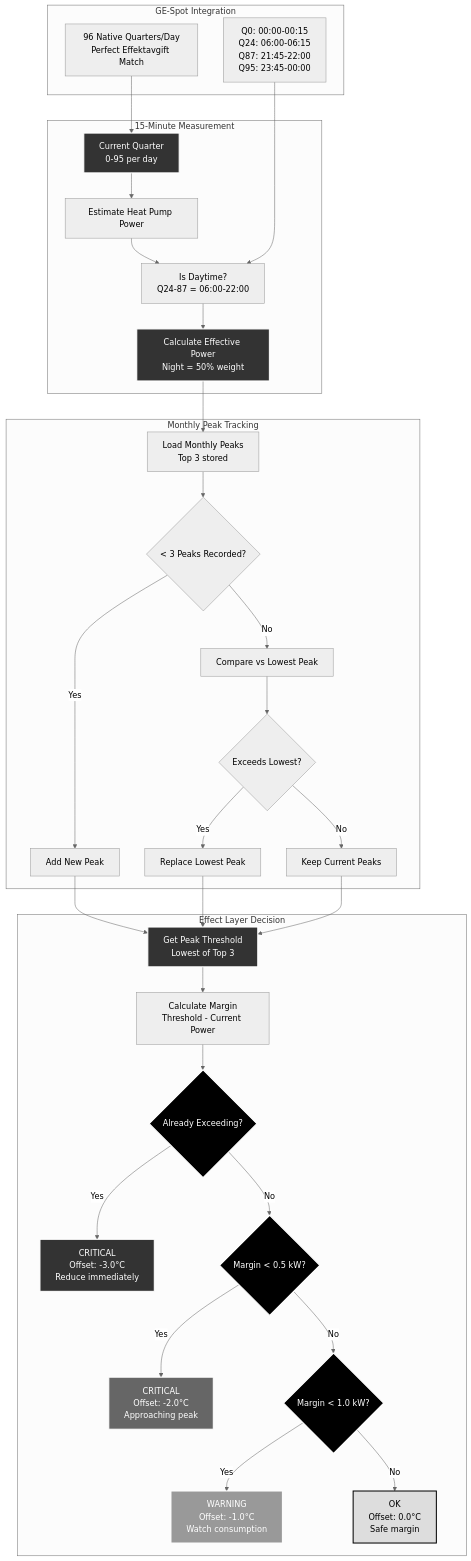
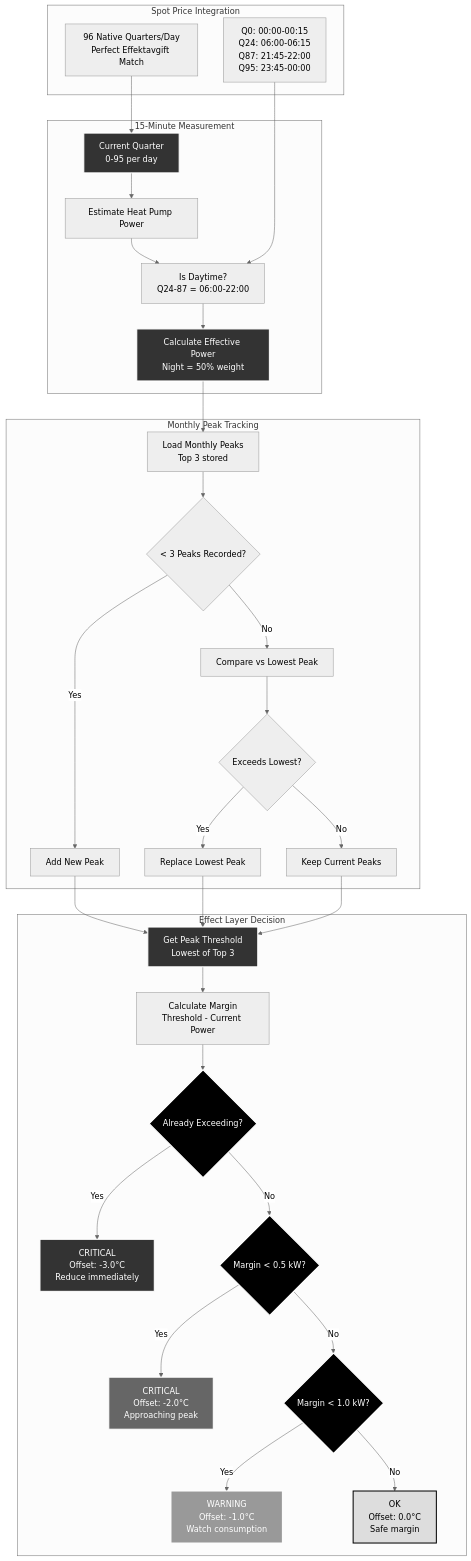
The diagram in docs/architecture/03_effect_tariff_protection.md (enoch85/EffektGuard), drawn with Mermaid (neutral theme) before and after one commit. The commit also changed other lines of this file and 30 other files, not shown here.

````diff
--- a/docs/architecture/03_effect_tariff_protection.md
+++ b/docs/architecture/03_effect_tariff_protection.md
@@ -5,82 +5,82 @@
 ```mermaid
 flowchart TD
     subgraph "15-Minute Measurement"
         A[Current Quarter<br/>0-95 per day]
         B[Estimate Heat Pump Power]
         C[Is Daytime?<br/>Q24-87 = 06:00-22:00]
         D[Calculate Effective Power<br/>Night = 50% weight]
     end
 
     subgraph "Monthly Peak Tracking"
         E[Load Monthly Peaks<br/>Top 3 stored]
         F{< 3 Peaks Recorded?}
         G[Add New Peak]
         H[Compare vs Lowest Peak]
         I{Exceeds Lowest?}
         J[Replace Lowest Peak]
         K[Keep Current Peaks]
     end
 
     subgraph "Effect Layer Decision"
         L[Get Peak Threshold<br/>Lowest of Top 3]
         M[Calculate Margin<br/>Threshold - Current Power]
         
         N{Already Exceeding?}
         O[CRITICAL<br/>Offset: -3.0°C<br/>Reduce immediately]
         
         P{Margin < 0.5 kW?}
         Q[CRITICAL<br/>Offset: -2.0°C<br/>Approaching peak]
         
         R{Margin < 1.0 kW?}
         S[WARNING<br/>Offset: -1.0°C<br/>Watch consumption]
         
         T[OK<br/>Offset: 0.0°C<br/>Safe margin]
     end
 
-    subgraph "GE-Spot Integration"
+    subgraph "Spot Price Integration"
         U[96 Native Quarters/Day<br/>Perfect Effektavgift Match]
         V[Q0: 00:00-00:15<br/>Q24: 06:00-06:15<br/>Q87: 21:45-22:00<br/>Q95: 23:45-00:00]
     end
 
     %% Flow
     A --> B
     B --> C
     C --> D
     D --> E
     E --> F
     F -->|Yes| G
     F -->|No| H
     H --> I
     I -->|Yes| J
     I -->|No| K
     
     G --> L
     J --> L
     K --> L
     L --> M
     M --> N
     N -->|Yes| O
     N -->|No| P
     P -->|Yes| Q
     P -->|No| R
     R -->|Yes| S
     R -->|No| T
 
-    %% GE-Spot connection
+    %% Spot Price connection
     U --> A
     V --> C
 
     %% Styling
     style A fill:#333,stroke:#fff,stroke-width:2px,color:#fff
     style D fill:#333,stroke:#fff,stroke-width:2px,color:#fff
     style L fill:#333,stroke:#fff,stroke-width:2px,color:#fff
     
     style N fill:#000,stroke:#fff,stroke-width:2px,color:#fff
     style P fill:#000,stroke:#fff,stroke-width:2px,color:#fff  
     style R fill:#000,stroke:#fff,stroke-width:2px,color:#fff
     
     style O fill:#333,stroke:#fff,stroke-width:2px,color:#fff
     style Q fill:#666,stroke:#fff,stroke-width:2px,color:#fff
     style S fill:#999,stroke:#fff,stroke-width:2px,color:#fff
     style T fill:#ddd,stroke:#000,stroke-width:2px,color:#000
 ```
````
